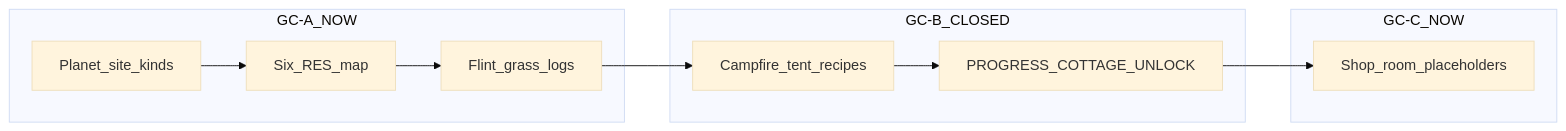
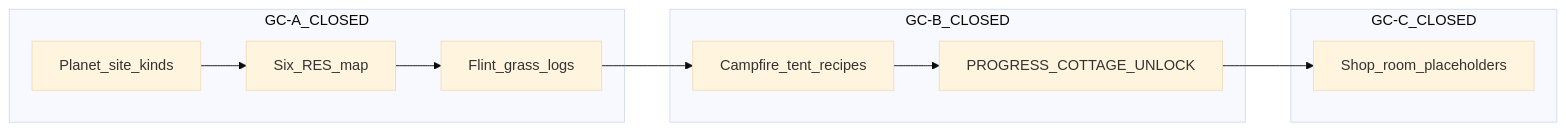
The diagram in Docs/22_GATHER_CRAFT_IMPL.md (XylarDark/HomeWorld), drawn with Mermaid (base theme) before and after one commit. The commit also changed other lines of this file and 5 other files, not shown here.

````diff
--- a/Docs/22_GATHER_CRAFT_IMPL.md
+++ b/Docs/22_GATHER_CRAFT_IMPL.md
@@ -32,19 +34,19 @@
 ```mermaid
 flowchart LR
-  subgraph gca [GC-A_NOW]
+  subgraph gca [GC-A_CLOSED]
     Sites[Planet_site_kinds]
     RES[Six_RES_map]
     Flavor[Flint_grass_logs]
   end
   subgraph gcb [GC-B_CLOSED]
     Craft[Campfire_tent_recipes]
     Prog[PROGRESS_COTTAGE_UNLOCK]
   end
-  subgraph gcc [GC-C_NOW]
+  subgraph gcc [GC-C_CLOSED]
     Place[Shop_room_placeholders]
   end
   Sites --> RES --> Flavor
   Flavor --> Craft
   Craft --> Prog
   Prog --> Place
 ```
````
